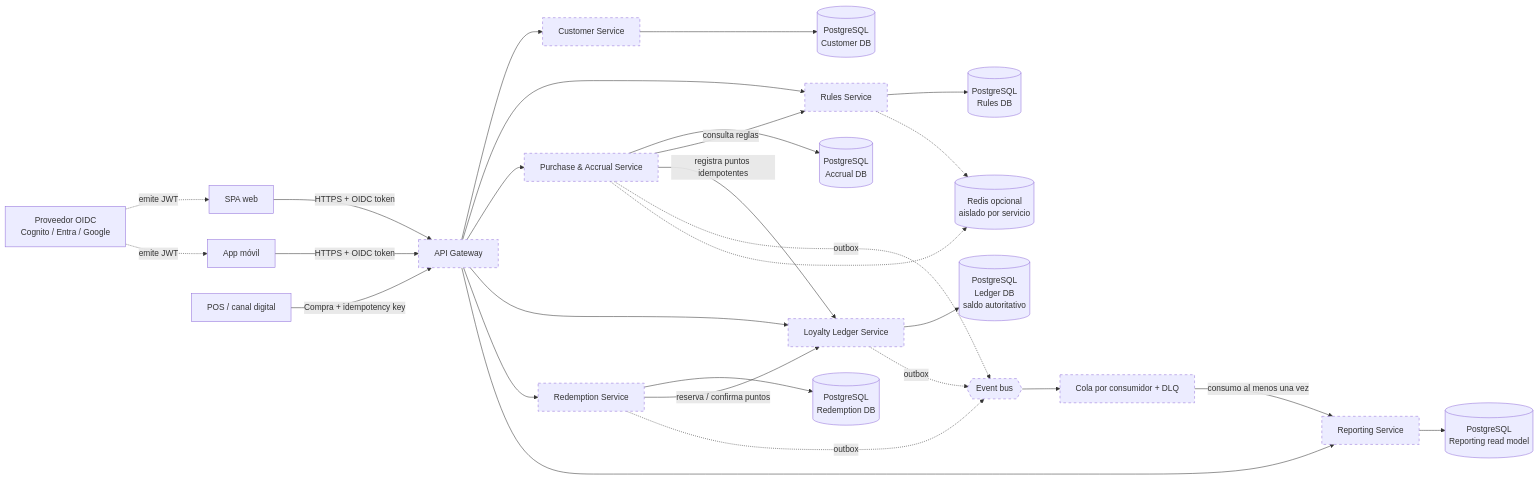
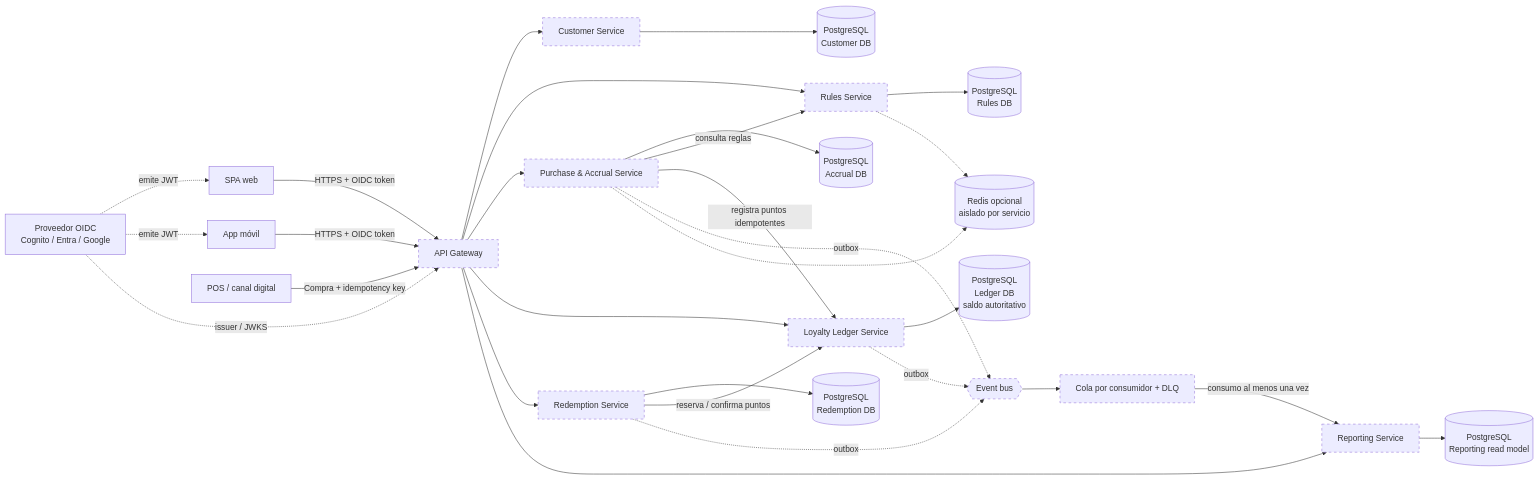
Before and after one commit to jac2206/chasis-fastify-backend: the diagram in docs/architecture-reference/component-diagram.mmd, drawn with Mermaid. The commit also changed 142 other files, not shown here.

```diff
--- a/docs/architecture-reference/component-diagram.mmd
+++ b/docs/architecture-reference/component-diagram.mmd
@@ -1,33 +1,34 @@
 flowchart LR
     Web[SPA web] -->|HTTPS + OIDC token| Gateway[API Gateway]
     Mobile[App móvil] -->|HTTPS + OIDC token| Gateway
     POS[POS / canal digital] -->|Compra + idempotency key| Gateway
     Identity[Proveedor OIDC<br/>Cognito / Entra / Google] -.->|emite JWT| Web
     Identity -.->|emite JWT| Mobile
+    Identity -.->|issuer / JWKS| Gateway
     Gateway --> Customer[Customer Service]
     Gateway --> Rules[Rules Service]
     Gateway --> Accrual[Purchase & Accrual Service]
     Gateway --> Ledger[Loyalty Ledger Service]
     Gateway --> Redemption[Redemption Service]
     Gateway --> Reporting[Reporting Service]
 
     Customer --> CustomerDB[(PostgreSQL<br/>Customer DB)]
     Rules --> RulesDB[(PostgreSQL<br/>Rules DB)]
     Accrual --> AccrualDB[(PostgreSQL<br/>Accrual DB)]
     Ledger --> LedgerDB[(PostgreSQL<br/>Ledger DB<br/>saldo autoritativo)]
     Redemption --> RedemptionDB[(PostgreSQL<br/>Redemption DB)]
     Reporting --> ReportingDB[(PostgreSQL<br/>Reporting read model)]
 
     Accrual -->|consulta reglas| Rules
     Accrual -->|registra puntos idempotentes| Ledger
     Redemption -->|reserva / confirma puntos| Ledger
     Accrual -.->|outbox| Bus{{Event bus}}
     Ledger -.->|outbox| Bus
     Redemption -.->|outbox| Bus
     Bus --> Queue[Cola por consumidor + DLQ]
     Queue -->|consumo al menos una vez| Reporting
     Accrual -.-> Cache[(Redis opcional<br/>aislado por servicio)]
     Rules -.-> Cache
 
     classDef proposed stroke-dasharray: 5 5;
     class Gateway,Customer,Rules,Accrual,Ledger,Redemption,Reporting,Bus,Queue proposed;
```
